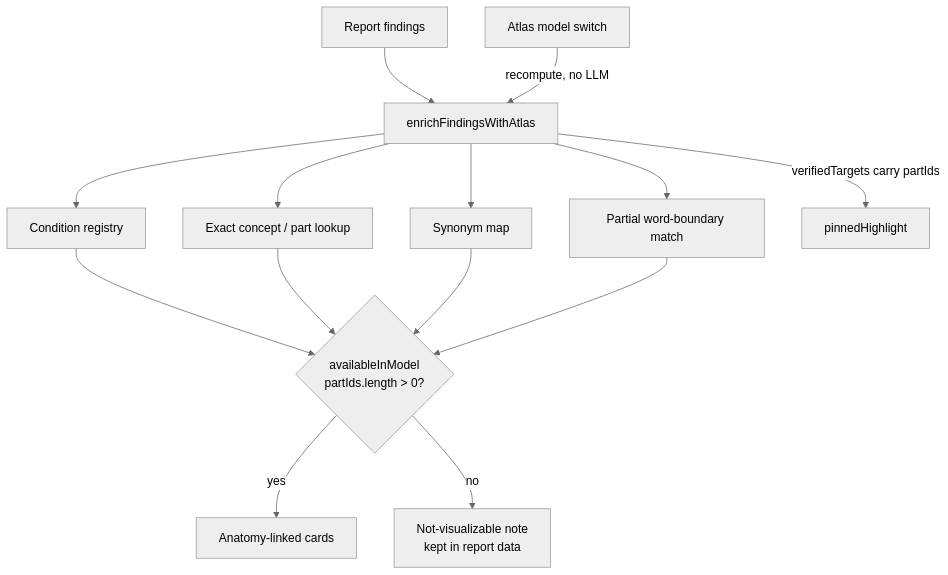
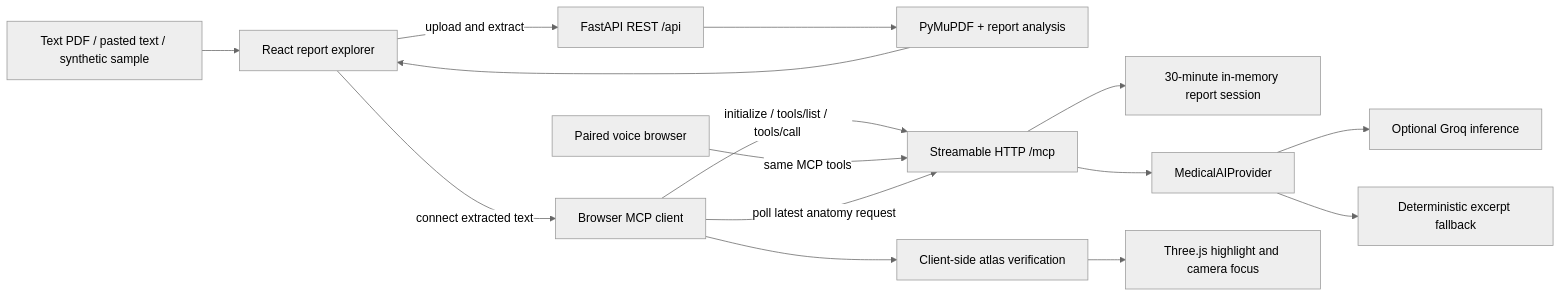
Before and after one commit to arham0408/sehatsetu-alexa-version: the first of 2 diagrams in README.md, drawn with Mermaid (neutral theme). The commit also changed other lines of this file and 38 other files, not shown here.

````diff
--- a/README.md
+++ b/README.md
@@ -392,13 +122,17 @@
 ```mermaid
-graph TD
-  E[Report findings] --> M[enrichFindingsWithAtlas]
-  M --> Q1[Condition registry]
-  M --> Q2[Exact concept / part lookup]
-  M --> Q3[Synonym map]
-  M --> Q4[Partial word-boundary match]
-  Q1 & Q2 & Q3 & Q4 --> V{availableInModel<br/>partIds.length &gt; 0?}
-  V -->|yes| L[Anatomy-linked cards]
-  V -->|no| U[Not-visualizable note<br/>kept in report data]
-  M -->|verifiedTargets carry partIds| HL[pinnedHighlight]
-  MSW[Atlas model switch] -->|recompute, no LLM| M
+flowchart LR
+  U[Text PDF / pasted text / synthetic sample] --> W[React report explorer]
+  W -->|upload and extract| R[FastAPI REST /api]
+  R --> X[PyMuPDF + report analysis]
+  X --> W
+  W -->|connect extracted text| C[Browser MCP client]
+  C -->|initialize / tools/list / tools/call| M[Streamable HTTP /mcp]
+  B[Paired voice browser] -->|same MCP tools| M
+  M --> S[30-minute in-memory report session]
+  M --> P[MedicalAIProvider]
+  P --> G[Optional Groq inference]
+  P --> D[Deterministic excerpt fallback]
+  C -->|poll latest anatomy request| M
+  C --> V[Client-side atlas verification]
+  V --> A[Three.js highlight and camera focus]
 ```
````
